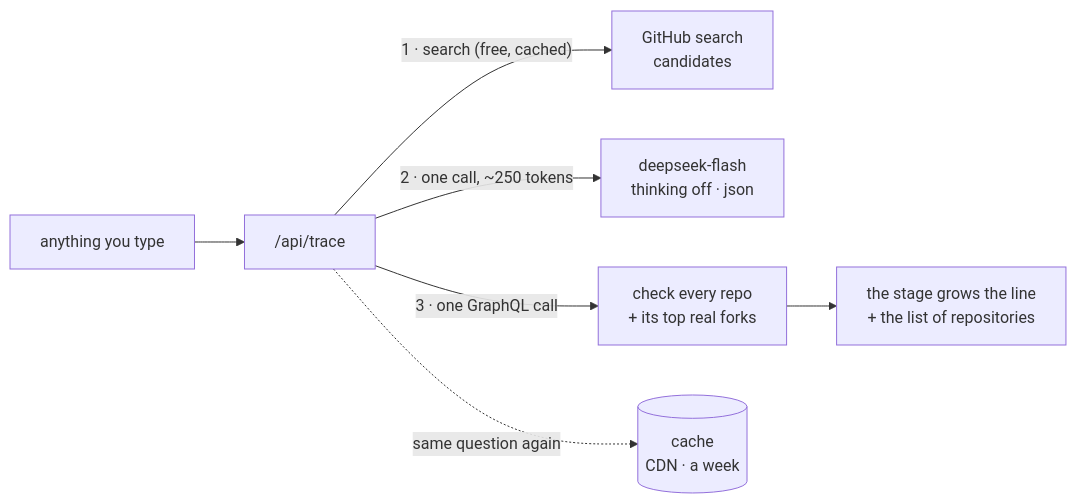
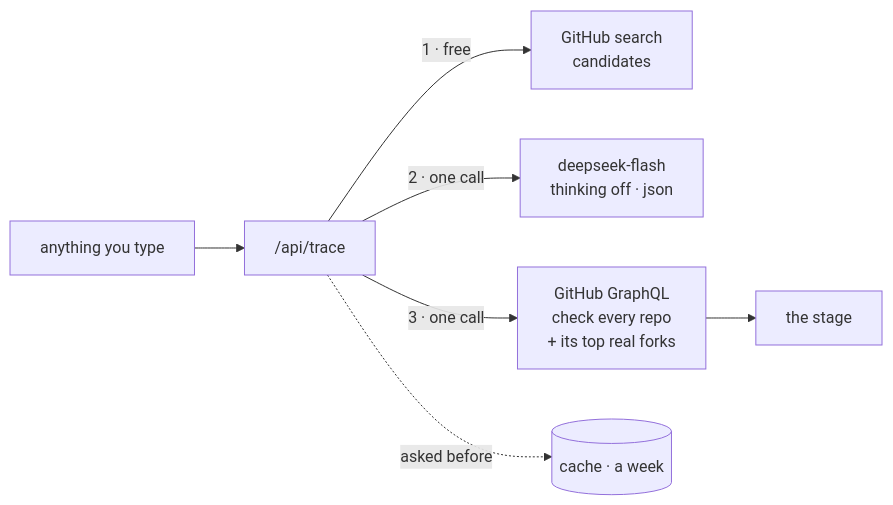
One commit to duongquocbao1999/fork changed the diagram in README.md. Above: the diagram before and after it, drawn with Mermaid. The commit also changed other lines of this file and 24 other files, not shown here.

Commit message:
forks 3.2: folded repository list, a new face for the repo

````diff
--- a/README.md
+++ b/README.md
@@ -50,9 +38,9 @@
 ```mermaid
 flowchart LR
-  you["anything you type"] --> t["/api/trace"]
-  t -- "1 · search (free, cached)" --> s["GitHub search<br/>candidates"]
-  t -- "2 · one call, ~250 tokens" --> m["deepseek-flash<br/>thinking off · json"]
-  t -- "3 · one GraphQL call" --> v["check every repo<br/>+ its top real forks"]
-  v --> stage["the stage grows the line<br/>+ the list of repositories"]
-  t -. "same question again" .-> c[("cache<br/>CDN · a week")]
+  q["anything you type"] --> t["/api/trace"]
+  t -- "1 · free" --> s["GitHub search<br/>candidates"]
+  t -- "2 · one call" --> m["deepseek-flash<br/>thinking off · json"]
+  t -- "3 · one call" --> g["GitHub GraphQL<br/>check every repo<br/>+ its top real forks"]
+  g --> stage["the stage"]
+  t -. "asked before" .-> c[("cache · a week")]
 ```
````
